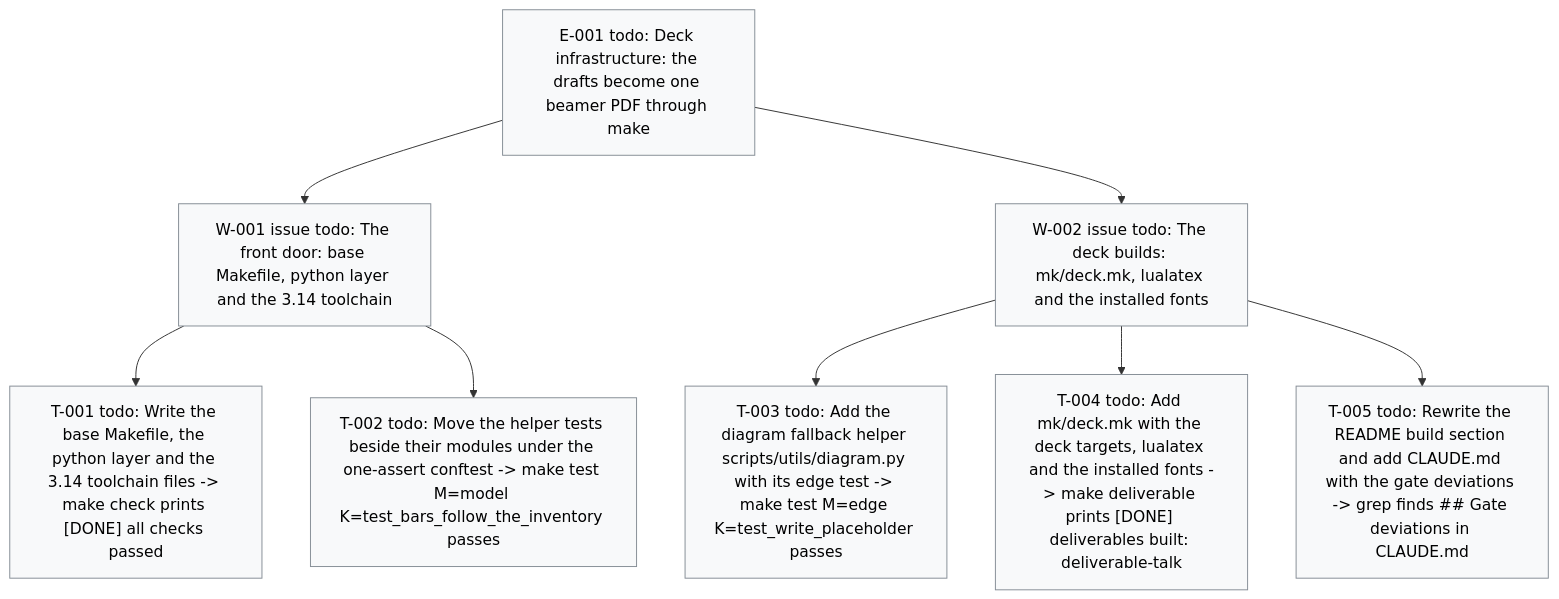
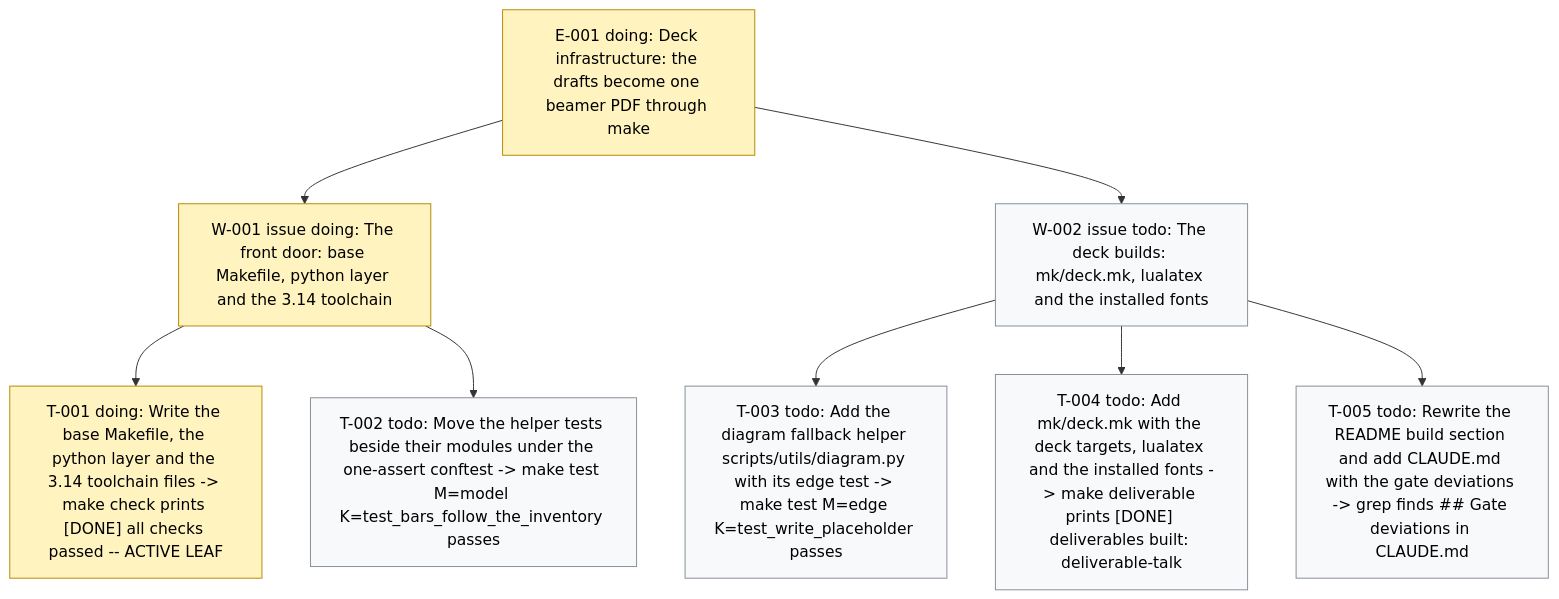
Before and after one commit to dpopchev/chaos-to-simple: the diagram in .board/BOARD.md, drawn with Mermaid. The commit also changed other lines of this file and 2 other files, not shown here.

Commit message:
chore(board): activate W-001, start T-001
Refs: W-001 T-001

````diff
--- a/.board/BOARD.md
+++ b/.board/BOARD.md
@@ -14,17 +14,18 @@
 ```mermaid
 flowchart TD
-  E001["E-001 todo: Deck infrastructure: the drafts become one beamer PDF through make"]
-  E001 --> W001["W-001 issue todo: The front door: base Makefile, python layer and the 3.14 toolchain"]
-  W001 --> T001["T-001 todo: Write the base Makefile, the python layer and the 3.14 toolchain files -> make check prints [DONE] all checks passed"]
+  E001["E-001 doing: Deck infrastructure: the drafts become one beamer PDF through make"]
+  E001 --> W001["W-001 issue doing: The front door: base Makefile, python layer and the 3.14 toolchain"]
+  W001 --> T001["T-001 doing: Write the base Makefile, the python layer and the 3.14 toolchain files -> make check prints [DONE] all checks passed -- ACTIVE LEAF"]
   W001 --> T002["T-002 todo: Move the helper tests beside their modules under the one-assert conftest -> make test M=model K=test_bars_follow_the_inventory passes"]
   E001 --> W002["W-002 issue todo: The deck builds: mk/deck.mk, lualatex and the installed fonts"]
   W002 --> T003["T-003 todo: Add the diagram fallback helper scripts/utils/diagram.py with its edge test -> make test M=edge K=test_write_placeholder passes"]
   W002 --> T004["T-004 todo: Add mk/deck.mk with the deck targets, lualatex and the installed fonts -> make deliverable prints [DONE] deliverables built: deliverable-talk"]
   W002 --> T005["T-005 todo: Rewrite the README build section and add CLAUDE.md with the gate deviations -> grep finds ## Gate deviations in CLAUDE.md"]
   classDef doing fill:#fff3bf,stroke:#b58900,color:#000;
   classDef blocked fill:#ffe3e3,stroke:#c92a2a,color:#000;
   classDef done fill:#e6ffed,stroke:#2b8a3e,color:#000;
   classDef todo fill:#f8f9fa,stroke:#868e96,color:#000;
   classDef pruned fill:#f1f3f5,stroke:#adb5bd,color:#000;
-  class E001,W001,T001,T002,W002,T003,T004,T005 todo
+  class E001,W001,T001 doing
+  class T002,W002,T003,T004,T005 todo
 ```
````
